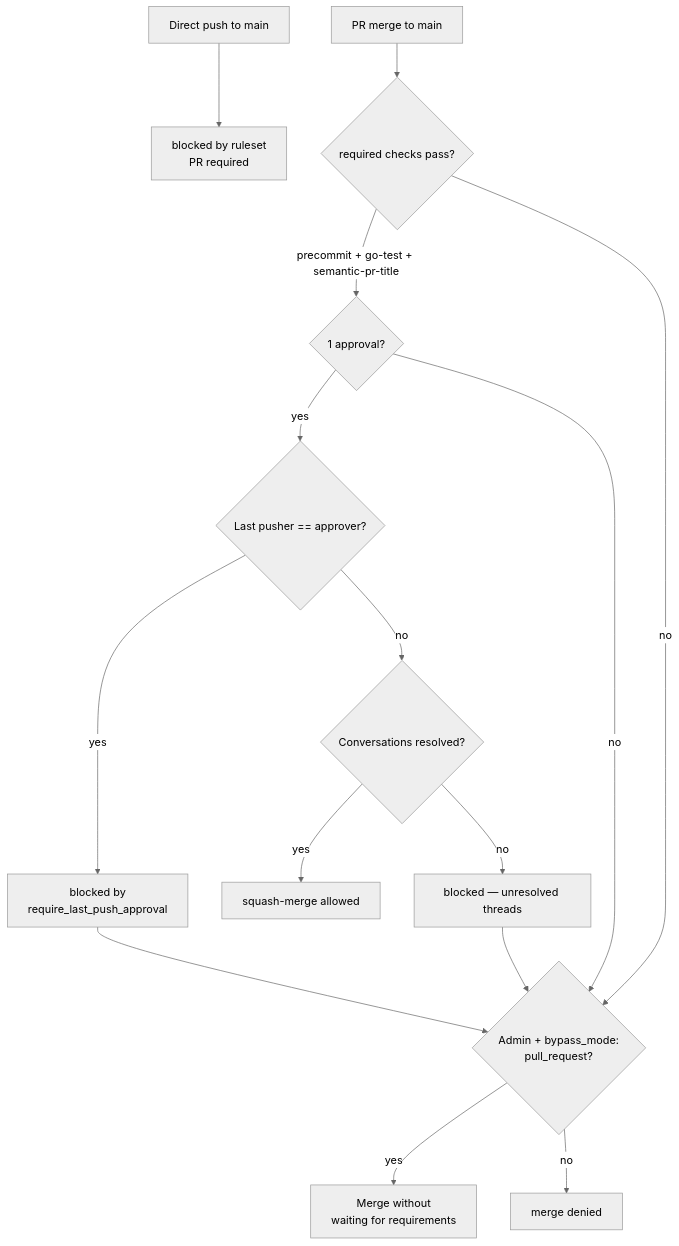
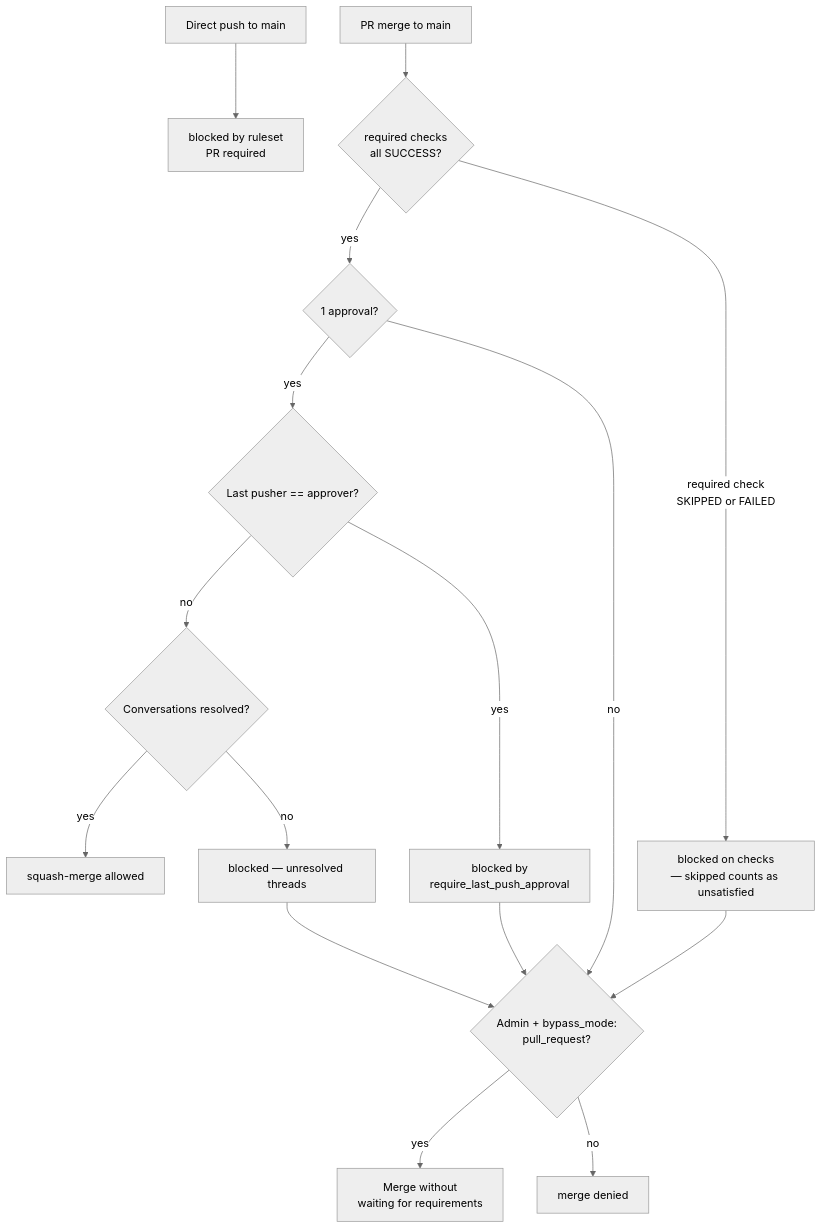
Diagram 11 of 12 in docs/workflows.md (MachineDotDev/nat-zero), drawn with Mermaid (neutral theme) before and after one commit. The commit also changed other lines of this file, not shown here.

First line of the commit message:
docs: call out skipped required checks and the bypass path

````diff
--- a/docs/workflows.md
+++ b/docs/workflows.md
@@ -513,18 +528,20 @@
 ```mermaid
 flowchart TD
     PUSH[Direct push to main] --> RULE1[blocked by ruleset<br/>PR required]
-    PR_MERGE[PR merge to main] --> CHECKS{required checks pass?}
-    CHECKS -->|precommit + go-test + semantic-pr-title| APPROV{1 approval?}
+    PR_MERGE[PR merge to main] --> CHECKS{required checks<br/>all SUCCESS?}
+    CHECKS -->|yes| APPROV{1 approval?}
     APPROV -->|yes| LASTPUSH{Last pusher == approver?}
     LASTPUSH -->|no| CONVRES{Conversations resolved?}
     LASTPUSH -->|yes| BLOCK1[blocked by<br/>require_last_push_approval]
     CONVRES -->|yes| SQUASH[squash-merge allowed]
     CONVRES -->|no| BLOCK2[blocked — unresolved threads]
 
+    CHECKS -->|required check<br/>SKIPPED or FAILED| BLOCK3[blocked on checks<br/>— skipped counts as unsatisfied]
+
     BLOCK1 --> ADMIN{Admin + bypass_mode:<br/>pull_request?}
     BLOCK2 --> ADMIN
+    BLOCK3 --> ADMIN
     APPROV -->|no| ADMIN
-    CHECKS -->|no| ADMIN
     ADMIN -->|yes| OVERRIDE[Merge without<br/>waiting for requirements]
     ADMIN -->|no| DENY[merge denied]
 ```
````
